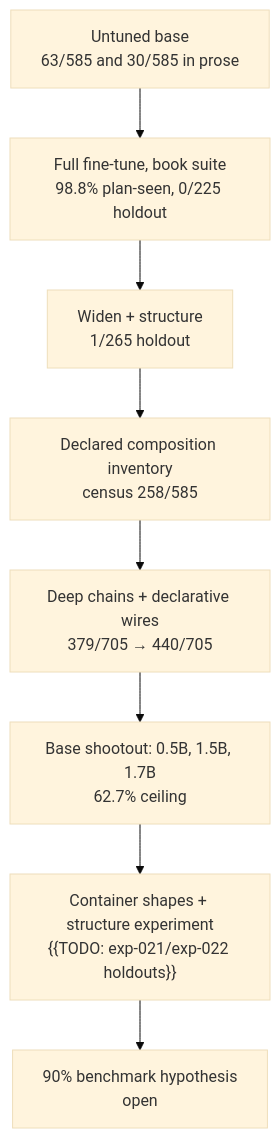
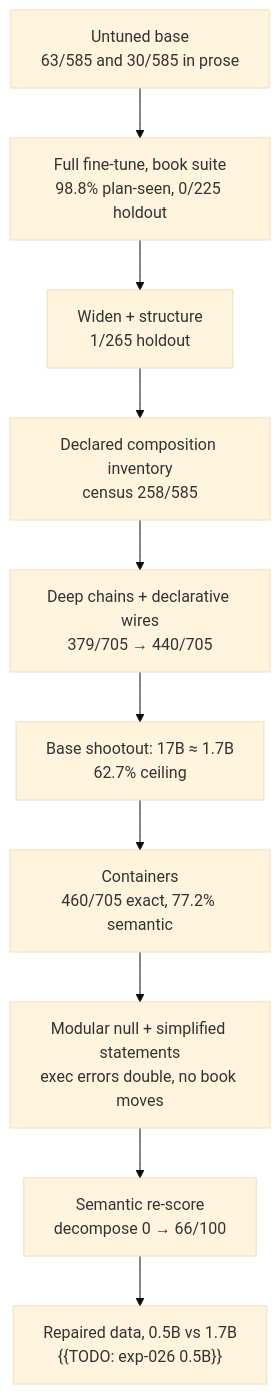
One commit to ml-circuits-research/sopLang-llm changed the diagram in docs/article/README.md. Above: the diagram before and after it, drawn with Mermaid (base theme). The commit also changed other lines of this file and 6 other files, not shown here.

````diff
--- a/docs/article/README.md
+++ b/docs/article/README.md
@@ -18,10 +20,12 @@
 ```mermaid
 graph TD
   A["Untuned base<br/>63/585 and 30/585 in prose"] --> B["Full fine-tune, book suite<br/>98.8% plan-seen, 0/225 holdout"]
   B --> C["Widen + structure<br/>1/265 holdout"]
   C --> D["Declared composition inventory<br/>census 258/585"]
   D --> E["Deep chains + declarative wires<br/>379/705 &rarr; 440/705"]
-  E --> F["Base shootout: 0.5B, 1.5B, 1.7B<br/>62.7% ceiling"]
-  F --> G["Container shapes + structure experiment<br/>{{TODO: exp-021/exp-022 holdouts}}"]
-  G --> H["90% benchmark hypothesis<br/>open"]
+  E --> F["Base shootout: 17B &asymp; 1.7B<br/>62.7% ceiling"]
+  F --> G["Containers<br/>460/705 exact, 77.2% semantic"]
+  G --> H["Modular null + simplified statements<br/>exec errors double, no book moves"]
+  H --> I["Semantic re-score<br/>decompose 0 &rarr; 66/100"]
+  I --> J["Repaired data, 0.5B vs 1.7B<br/>{{TODO: exp-026 0.5B}}"]
 ```
````
